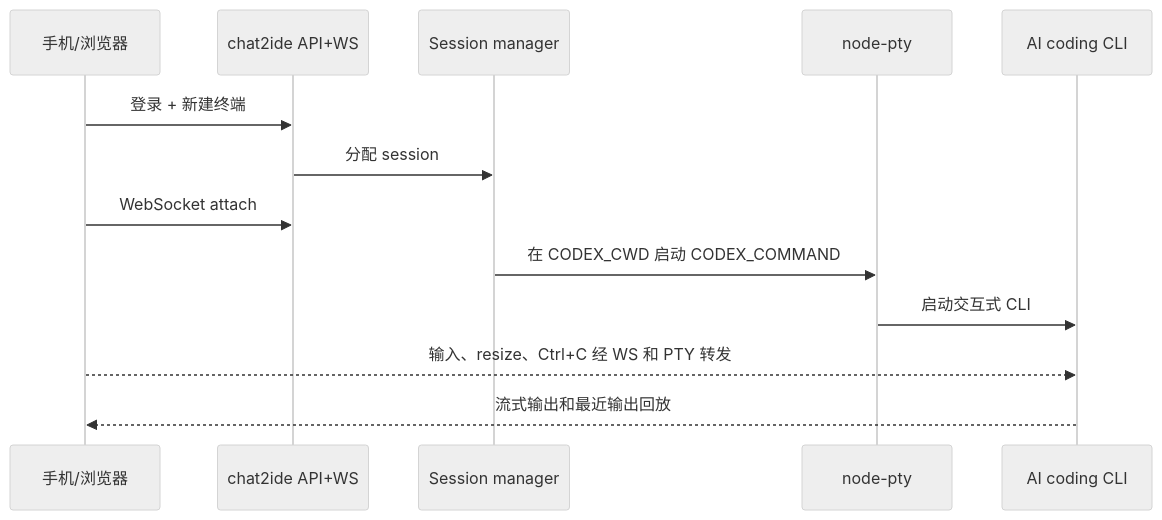
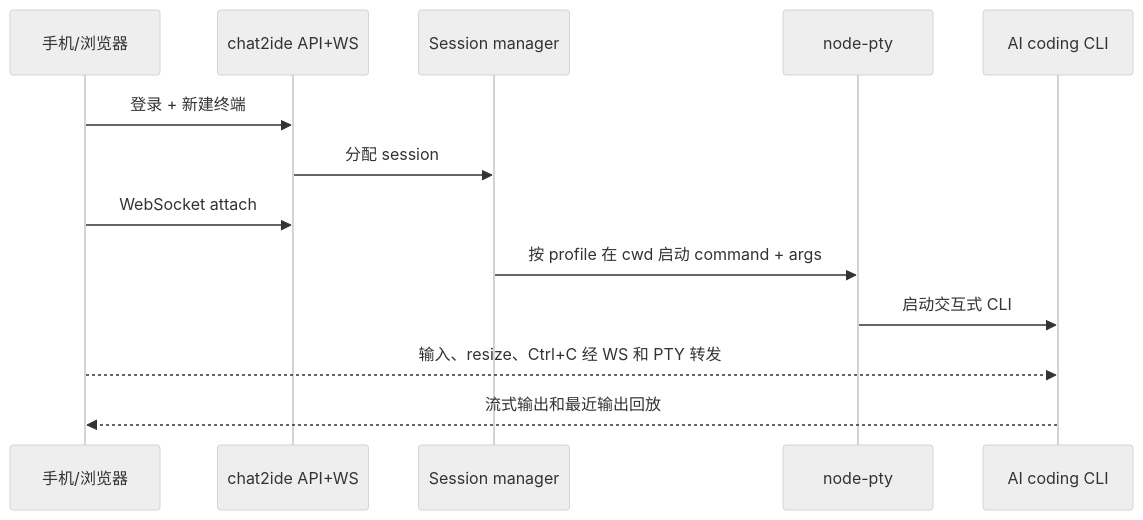
Before and after one commit to oceanusXXD/chat2ide: the second of 2 diagrams in README.md, drawn with Mermaid (neutral theme). The commit also changed other lines of this file and 33 other files, not shown here.

````diff
--- a/README.md
+++ b/README.md
@@ -284,15 +326,15 @@
 ```mermaid
 sequenceDiagram
   participant U as 手机/浏览器
   participant A as chat2ide API+WS
   participant T as Session manager
   participant P as node-pty
   participant C as AI coding CLI
   U->>A: 登录 + 新建终端
   A->>T: 分配 session
   U->>A: WebSocket attach
-  T->>P: 在 CODEX_CWD 启动 CODEX_COMMAND
+  T->>P: 按 profile 在 cwd 启动 command + args
   P->>C: 启动交互式 CLI
   U-->>C: 输入、resize、Ctrl+C 经 WS 和 PTY 转发
   C-->>U: 流式输出和最近输出回放
 ```
````
